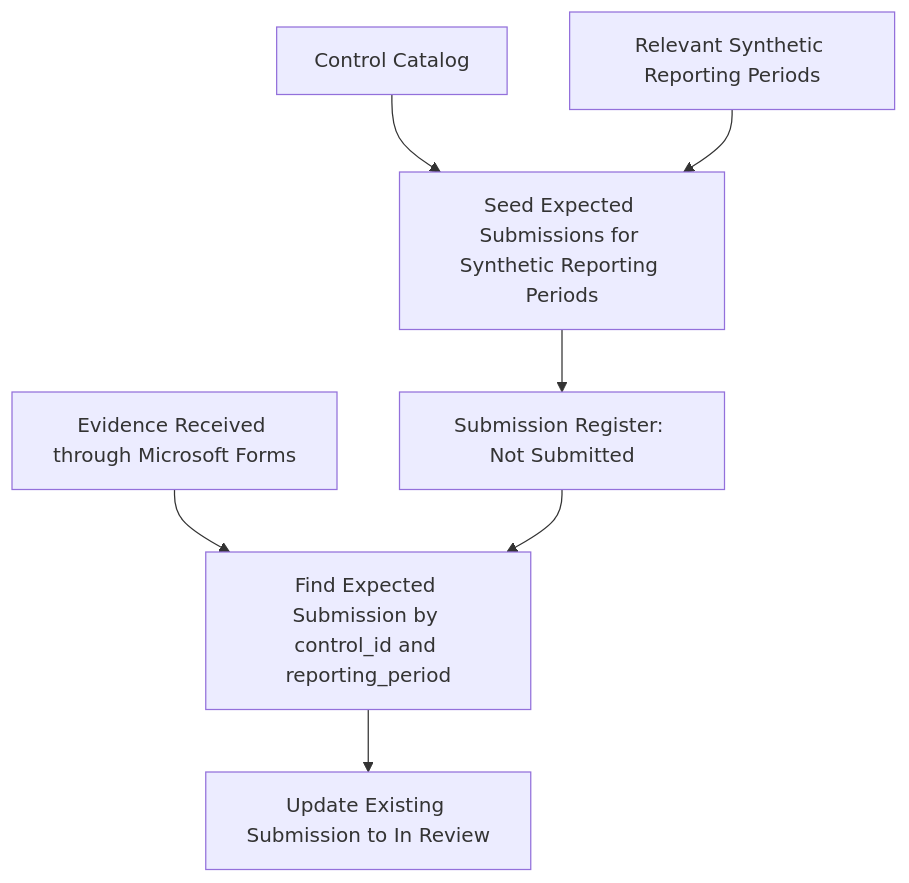
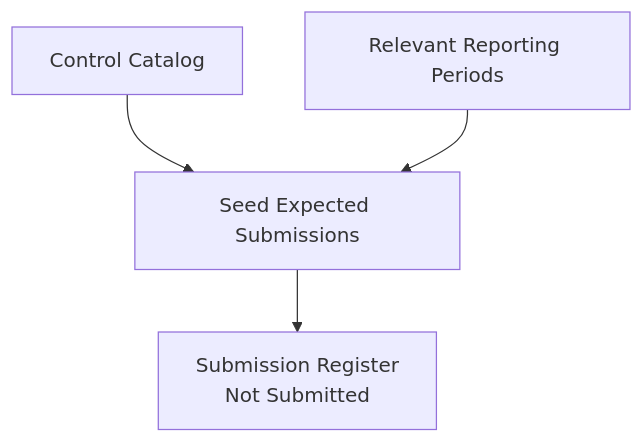
Before and after one commit to gw-ai-security/cyber-governance-automation-lab: the second of 4 diagrams in docs/architecture.md, drawn with Mermaid. The commit also changed other lines of this file and 11 other files, not shown here.

````diff
--- a/docs/architecture.md
+++ b/docs/architecture.md
@@ -31,9 +40,6 @@
 ```mermaid
 flowchart TD
-    A[Control Catalog] --> C[Seed Expected Submissions for Synthetic Reporting Periods]
-    B[Relevant Synthetic Reporting Periods] --> C
-    C --> D[Submission Register: Not Submitted]
-    E[Evidence Received through Microsoft Forms] --> F[Find Expected Submission by control_id and reporting_period]
-    D --> F
-    F --> G[Update Existing Submission to In Review]
+    A[Control Catalog] --> C[Seed Expected Submissions]
+    B[Relevant Reporting Periods] --> C
+    C --> D[Submission Register<br/>Not Submitted]
 ```
````
